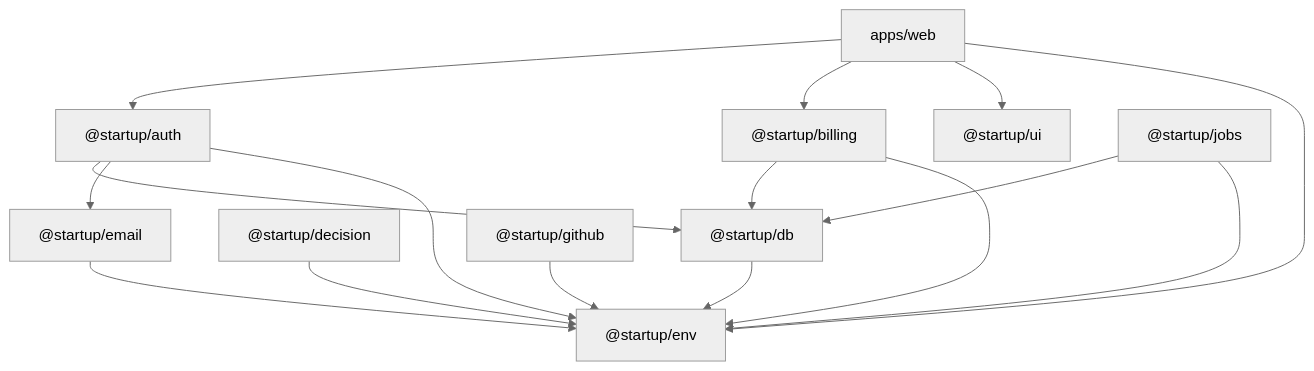
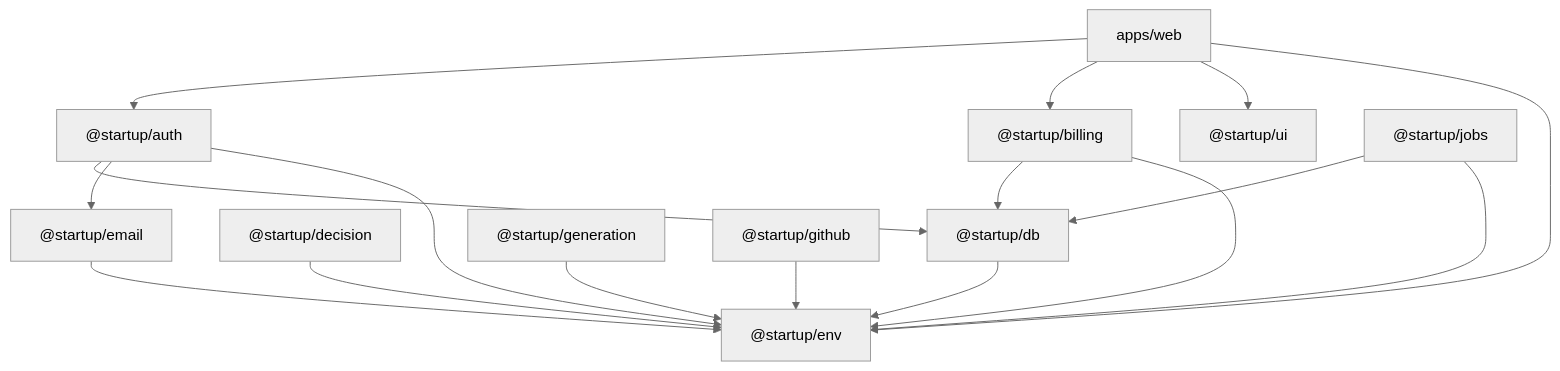
The diagram in docs/architecture/package-boundaries.md (allen-padilla/repo-onboarding), drawn with Mermaid (neutral theme) before and after one commit. The commit also changed other lines of this file and 30 other files, not shown here.

First line of the commit message:
feat(generation): add @startup/generation for Claude

````diff
--- a/docs/architecture/package-boundaries.md
+++ b/docs/architecture/package-boundaries.md
@@ -31,29 +31,31 @@
 ```mermaid
 flowchart TD
   web["apps/web"]
   auth["@startup/auth"]
   billing["@startup/billing"]
   ui["@startup/ui"]
   db["@startup/db"]
   decision["@startup/decision"]
   email["@startup/email"]
   env["@startup/env"]
+  generation["@startup/generation"]
   github["@startup/github"]
   jobs["@startup/jobs"]
 
   web --> auth
   web --> billing
   web --> ui
   web --> env
   auth --> db
   auth --> email
   auth --> env
   billing --> db
   billing --> env
   db --> env
   decision --> env
   email --> env
+  generation --> env
   github --> env
   jobs --> db
   jobs --> env
 ```
````
